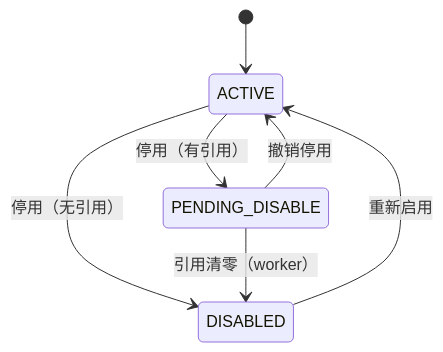
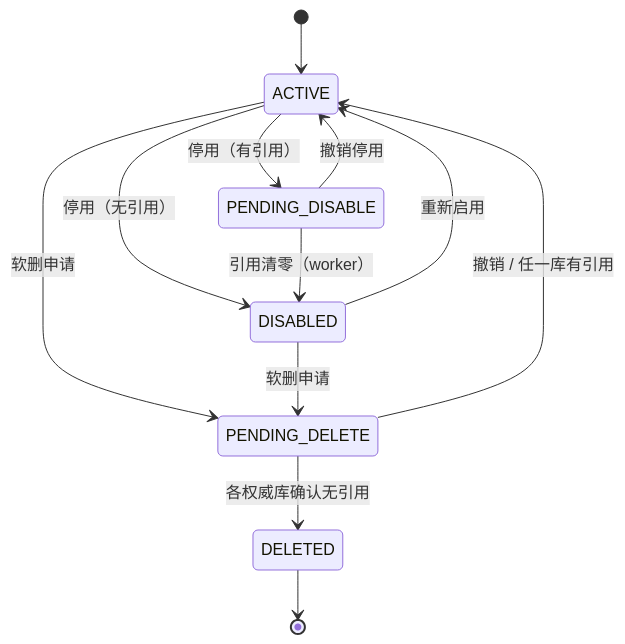
One commit to Akarin7784/fresh-wms changed the diagram in docs/01-主数据.md. Above: the diagram before and after it, drawn with Mermaid. The commit also changed other lines of this file and 4 other files, not shown here.

Commit message:
docs(01): 小吴复评 M1 条码换绑同批次（batch_id/pos/size，边缘同事务先删后建）、M2 APPLIED 带 md_version 条件更新 0 行忽略、M3 软删两段式 PENDING_DELETE（复用 md_pending_disable 确认）；SQLite 211/211、PG 210/210

````diff
--- a/docs/01-主数据.md
+++ b/docs/01-主数据.md
@@ -115,9 +115,14 @@
 ```mermaid
 stateDiagram-v2
     [*] --> ACTIVE
     ACTIVE --> PENDING_DISABLE: 停用（有引用）
     ACTIVE --> DISABLED: 停用（无引用）
     PENDING_DISABLE --> DISABLED: 引用清零（worker）
     PENDING_DISABLE --> ACTIVE: 撤销停用
     DISABLED --> ACTIVE: 重新启用
+    ACTIVE --> PENDING_DELETE: 软删申请
+    DISABLED --> PENDING_DELETE: 软删申请
+    PENDING_DELETE --> DELETED: 各权威库确认无引用
+    PENDING_DELETE --> ACTIVE: 撤销 / 任一库有引用
+    DELETED --> [*]
 ```
````
